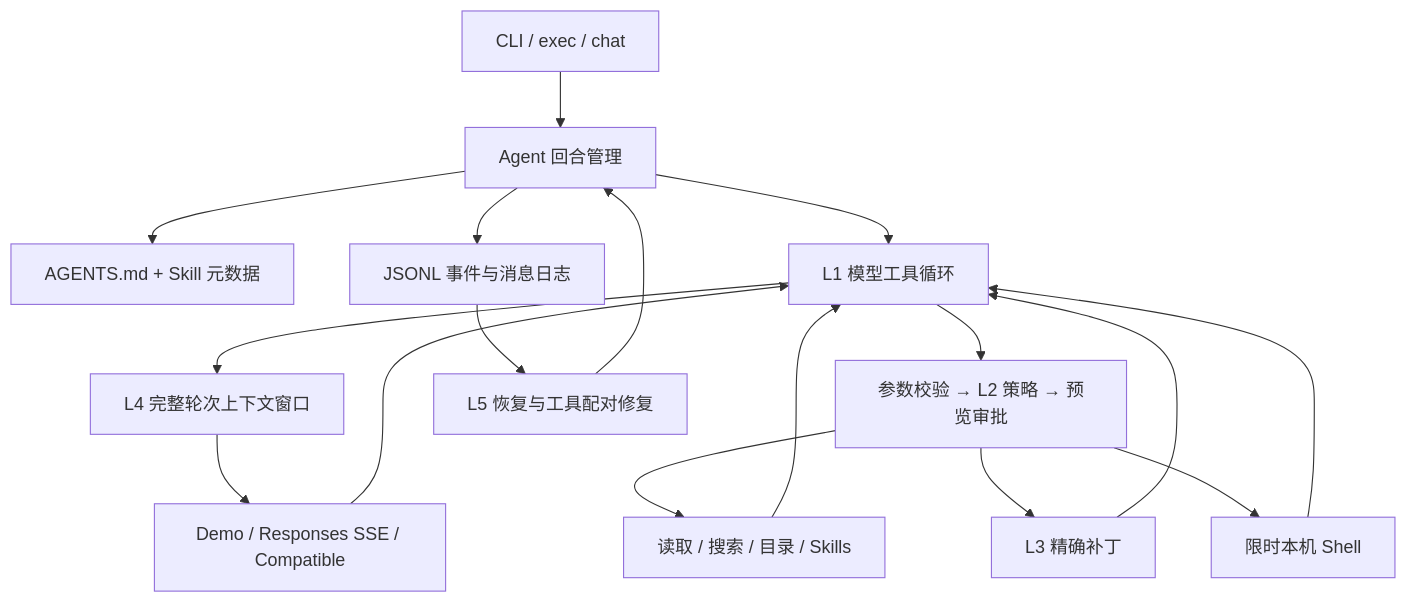
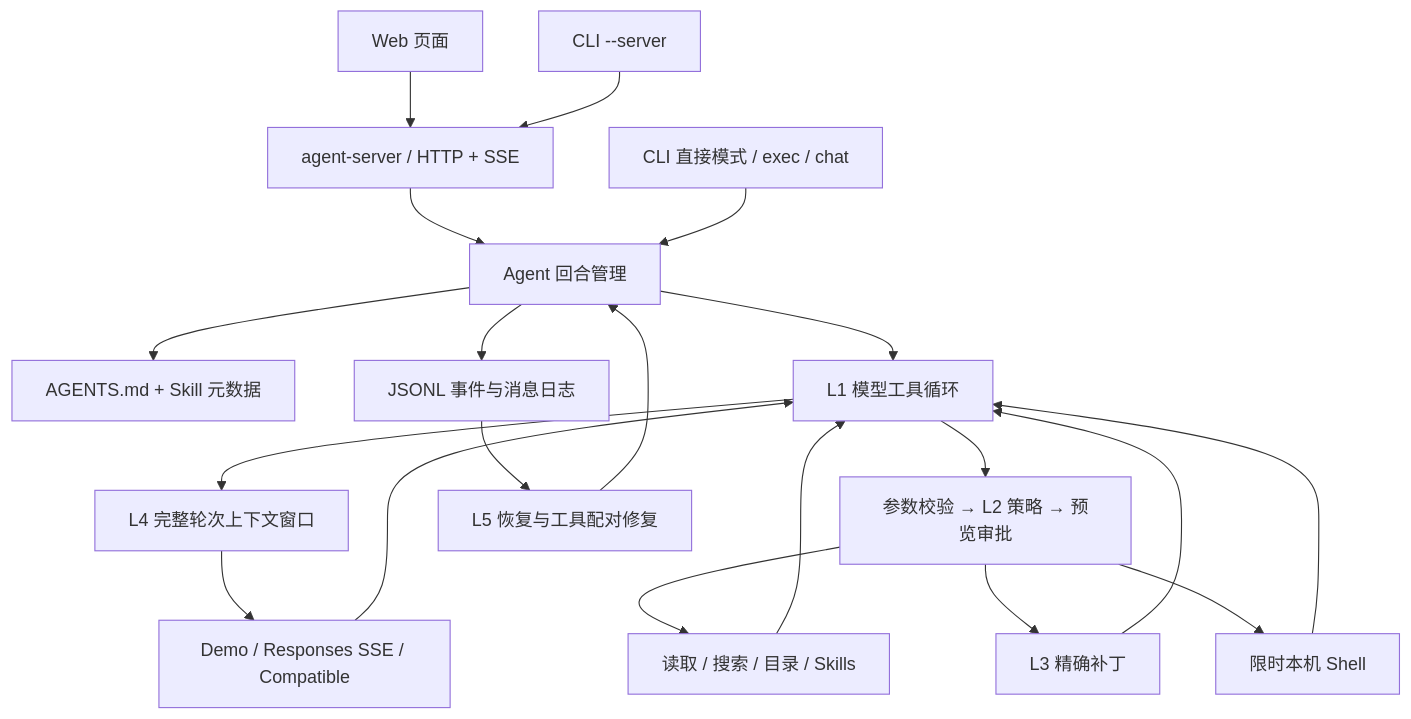
The diagram in README.md (yjy233/kraken-coder), drawn with Mermaid before and after one commit. The commit also changed other lines of this file and 20 other files, not shown here.

Commit message:
feat: add local agent server and multi-client workspace

````diff
--- a/README.md
+++ b/README.md
@@ -47,19 +66,22 @@
 ```mermaid
 flowchart TD
-    CLI[CLI / exec / chat] --> Agent[Agent 回合管理]
+    Web[Web 页面] --> Server[agent-server / HTTP + SSE]
+    Remote[CLI --server] --> Server
+    Server --> Agent[Agent 回合管理]
+    CLI[CLI 直接模式 / exec / chat] --> Agent
     Agent --> Instructions[AGENTS.md + Skill 元数据]
     Agent --> Loop[L1 模型工具循环]
     Loop --> Context[L4 完整轮次上下文窗口]
     Context --> Provider[Demo / Responses SSE / Compatible]
     Provider --> Loop
     Loop --> Registry[参数校验 → L2 策略 → 预览审批]
     Registry --> Read[读取 / 搜索 / 目录 / Skills]
     Registry --> Patch[L3 精确补丁]
     Registry --> Shell[限时本机 Shell]
     Read --> Loop
     Patch --> Loop
     Shell --> Loop
     Agent --> Journal[JSONL 事件与消息日志]
     Journal --> Replay[L5 恢复与工具配对修复]
     Replay --> Agent
 ```
````
